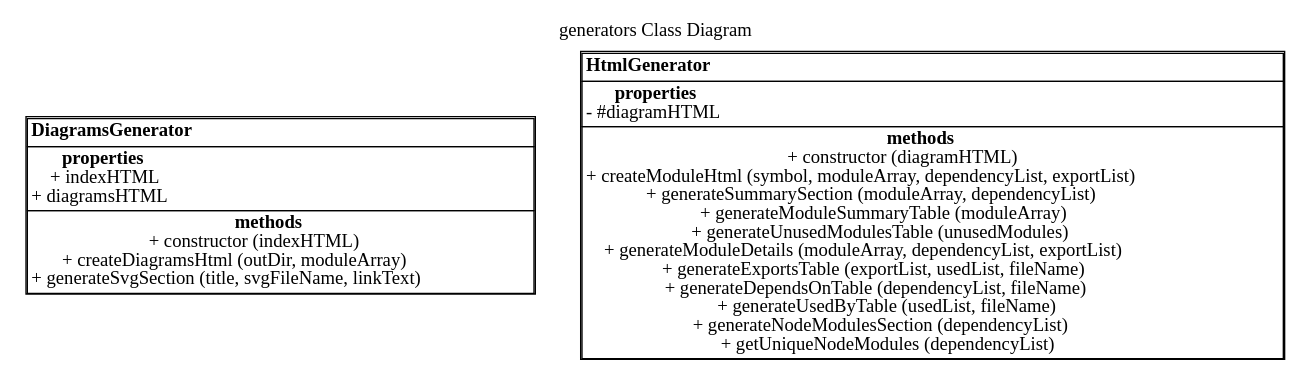
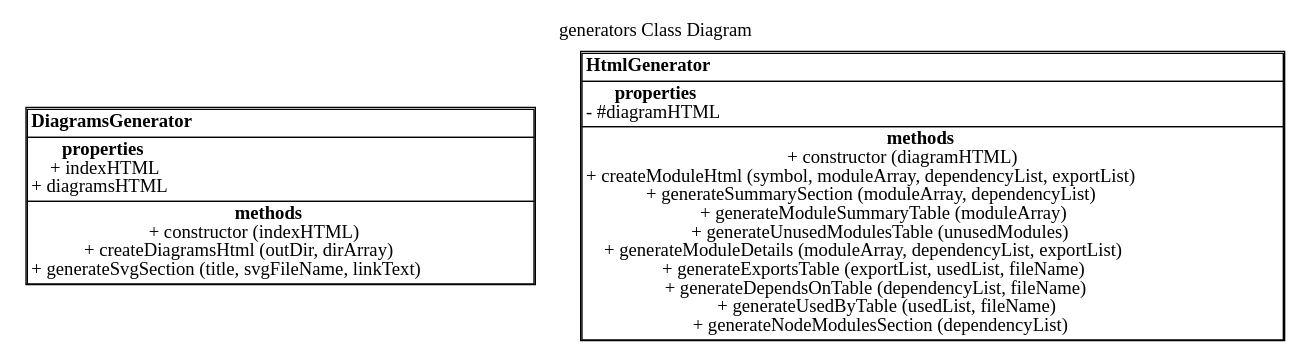
The diagram in docs/generators/ClassDiagram.dot (fleebe/dep-graph), drawn with Graphviz before and after one commit. The commit also changed 38 other files, not shown here.

Commit message:
Added Node module dependencies.

```diff
--- a/docs/generators/ClassDiagram.dot
+++ b/docs/generators/ClassDiagram.dot
@@ -1,36 +1,35 @@
 digraph {label="generators Class Diagram";
 labelloc="t";
-"DiagramsGenerator"[shape = none, label =<<TABLE cellspacing="0" cellborder="1" align="left">
+"DiagramsGenerator" [shape = none, label =<<TABLE cellspacing="0" cellborder="1" align="left">
 <TR><TD align="left"><B>DiagramsGenerator</B></TD></TR>
 <TR><TD align="left"><B>properties</B><BR/>
 + indexHTML<BR/>
 + diagramsHTML<BR/>
 </TD></TR>
 <TR><TD align="left"><B>methods</B><BR/>
 + constructor (indexHTML)<BR/>
-+ createDiagramsHtml (outDir, moduleArray)<BR/>
++ createDiagramsHtml (outDir, dirArray)<BR/>
 + generateSvgSection (title, svgFileName, linkText)<BR/>
 </TD></TR>
 </TABLE>>];
 
-"HtmlGenerator"[shape = none, label =<<TABLE cellspacing="0" cellborder="1" align="left">
+"HtmlGenerator" [shape = none, label =<<TABLE cellspacing="0" cellborder="1" align="left">
 <TR><TD align="left"><B>HtmlGenerator</B></TD></TR>
 <TR><TD align="left"><B>properties</B><BR/>
 - #diagramHTML<BR/>
 </TD></TR>
 <TR><TD align="left"><B>methods</B><BR/>
 + constructor (diagramHTML)<BR/>
 + createModuleHtml (symbol, moduleArray, dependencyList, exportList)<BR/>
 + generateSummarySection (moduleArray, dependencyList)<BR/>
 + generateModuleSummaryTable (moduleArray)<BR/>
 + generateUnusedModulesTable (unusedModules)<BR/>
 + generateModuleDetails (moduleArray, dependencyList, exportList)<BR/>
 + generateExportsTable (exportList, usedList, fileName)<BR/>
 + generateDependsOnTable (dependencyList, fileName)<BR/>
 + generateUsedByTable (usedList, fileName)<BR/>
 + generateNodeModulesSection (dependencyList)<BR/>
-+ getUniqueNodeModules (dependencyList)<BR/>
 </TD></TR>
 </TABLE>>];
 
 }
```
